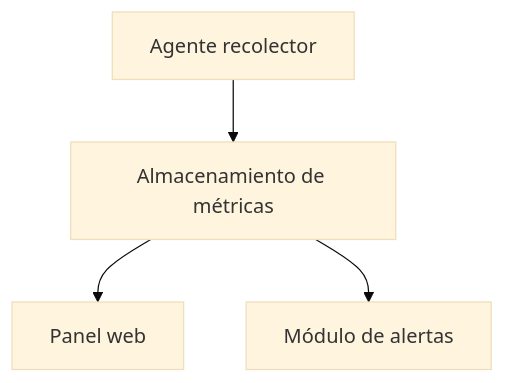
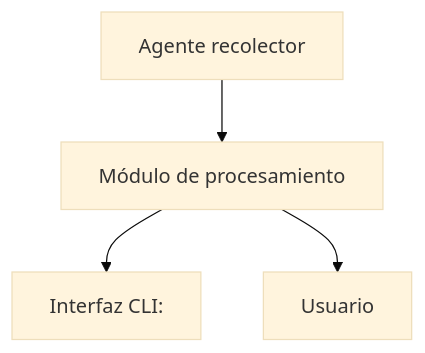
One commit to Ka-rri/pulso changed the diagram in docs/arquitectura.md. Above: the diagram before and after it, drawn with Mermaid (base theme). The commit also changed other lines of this file, not shown here.

````diff
--- a/docs/arquitectura.md
+++ b/docs/arquitectura.md
@@ -19,6 +24,6 @@
 ```mermaid
 graph TD
-A[Agente recolector] --> B[Almacenamiento de métricas]
-B --> C[Panel web]
-B --> D[Módulo de alertas]
+A[Agente recolector] --> B[Módulo de procesamiento]
+B --> C[Interfaz CLI:]
+B --> D[Usuario]
 ```
````
